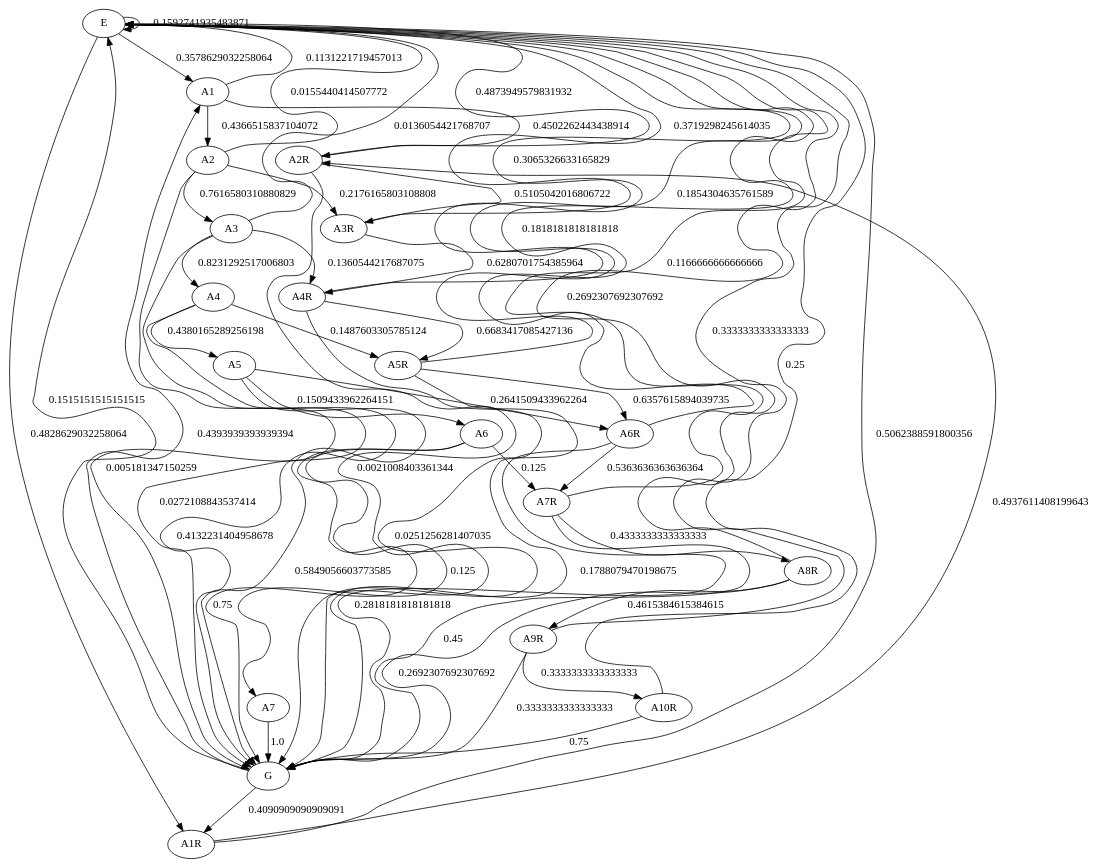
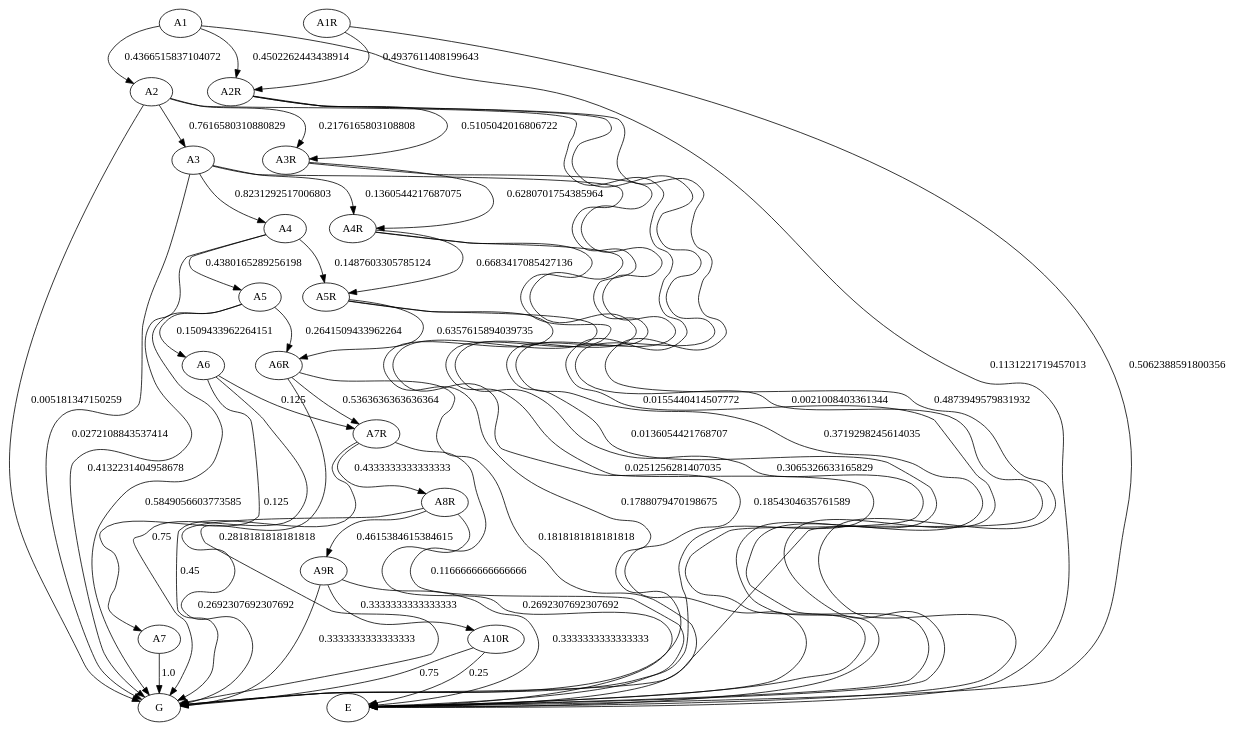
One commit to JulianaFerreira/educacao changed the diagram in graph/markov.dot. Above: the diagram before and after it, drawn with Graphviz. The commit also changed 3 other files, not shown here.

```diff
--- a/graph/markov.dot
+++ b/graph/markov.dot
@@ -1,75 +1,69 @@
 digraph  {
-E;
 A1;
-G;
 A2;
 A3;
 A4;
 A5;
 A6;
 A7;
+A2R;
 A1R;
-A2R;
 A3R;
 A4R;
 A5R;
 A6R;
 A7R;
 A8R;
 A9R;
 A10R;
-E -> A1  [key=0, label="0.3578629032258064", weight="0.3578629032258064"];
-E -> A1R  [key=0, label="0.4828629032258064", weight="0.4828629032258064"];
-E -> E  [key=0, label="0.1592741935483871", weight="0.1592741935483871"];
+E;
+G;
 A1 -> A2  [key=0, label="0.4366515837104072", weight="0.4366515837104072"];
 A1 -> A2R  [key=0, label="0.4502262443438914", weight="0.4502262443438914"];
 A1 -> E  [key=0, label="0.1131221719457013", weight="0.1131221719457013"];
-G -> A1  [key=0, label="0.4393939393939394", weight="0.4393939393939394"];
-G -> A1R  [key=0, label="0.4090909090909091", weight="0.4090909090909091"];
-G -> E  [key=0, label="0.1515151515151515", weight="0.1515151515151515"];
 A2 -> A3  [key=0, label="0.7616580310880829", weight="0.7616580310880829"];
 A2 -> A3R  [key=0, label="0.2176165803108808", weight="0.2176165803108808"];
 A2 -> E  [key=0, label="0.0155440414507772", weight="0.0155440414507772"];
 A2 -> G  [key=0, label="0.005181347150259", weight="0.005181347150259"];
 A3 -> A4  [key=0, label="0.8231292517006803", weight="0.8231292517006803"];
 A3 -> A4R  [key=0, label="0.1360544217687075", weight="0.1360544217687075"];
 A3 -> E  [key=0, label="0.0136054421768707", weight="0.0136054421768707"];
 A3 -> G  [key=0, label="0.0272108843537414", weight="0.0272108843537414"];
 A4 -> A5  [key=0, label="0.4380165289256198", weight="0.4380165289256198"];
 A4 -> A5R  [key=0, label="0.1487603305785124", weight="0.1487603305785124"];
 A4 -> G  [key=0, label="0.4132231404958678", weight="0.4132231404958678"];
 A5 -> A6  [key=0, label="0.1509433962264151", weight="0.1509433962264151"];
 A5 -> A6R  [key=0, label="0.2641509433962264", weight="0.2641509433962264"];
 A5 -> G  [key=0, label="0.5849056603773585", weight="0.5849056603773585"];
 A6 -> A7  [key=0, label="0.125", weight="0.125"];
 A6 -> A7R  [key=0, label="0.125", weight="0.125"];
 A6 -> G  [key=0, label="0.75", weight="0.75"];
 A7 -> G  [key=0, label="1.0", weight="1.0"];
-A1R -> A2R  [key=0, label="0.4937611408199643", weight="0.4937611408199643"];
-A1R -> E  [key=0, label="0.5062388591800356", weight="0.5062388591800356"];
 A2R -> A3R  [key=0, label="0.5105042016806722", weight="0.5105042016806722"];
 A2R -> E  [key=0, label="0.4873949579831932", weight="0.4873949579831932"];
 A2R -> G  [key=0, label="0.0021008403361344", weight="0.0021008403361344"];
+A1R -> A2R  [key=0, label="0.4937611408199643", weight="0.4937611408199643"];
+A1R -> E  [key=0, label="0.5062388591800356", weight="0.5062388591800356"];
 A3R -> A4R  [key=0, label="0.6280701754385964", weight="0.6280701754385964"];
 A3R -> E  [key=0, label="0.3719298245614035", weight="0.3719298245614035"];
 A4R -> A5R  [key=0, label="0.6683417085427136", weight="0.6683417085427136"];
 A4R -> E  [key=0, label="0.3065326633165829", weight="0.3065326633165829"];
 A4R -> G  [key=0, label="0.0251256281407035", weight="0.0251256281407035"];
 A5R -> A6R  [key=0, label="0.6357615894039735", weight="0.6357615894039735"];
 A5R -> E  [key=0, label="0.1854304635761589", weight="0.1854304635761589"];
 A5R -> G  [key=0, label="0.1788079470198675", weight="0.1788079470198675"];
 A6R -> A7R  [key=0, label="0.5363636363636364", weight="0.5363636363636364"];
 A6R -> E  [key=0, label="0.1818181818181818", weight="0.1818181818181818"];
 A6R -> G  [key=0, label="0.2818181818181818", weight="0.2818181818181818"];
 A7R -> A8R  [key=0, label="0.4333333333333333", weight="0.4333333333333333"];
 A7R -> E  [key=0, label="0.1166666666666666", weight="0.1166666666666666"];
 A7R -> G  [key=0, label="0.45", weight="0.45"];
 A8R -> A9R  [key=0, label="0.4615384615384615", weight="0.4615384615384615"];
 A8R -> E  [key=0, label="0.2692307692307692", weight="0.2692307692307692"];
 A8R -> G  [key=0, label="0.2692307692307692", weight="0.2692307692307692"];
 A9R -> A10R  [key=0, label="0.3333333333333333", weight="0.3333333333333333"];
 A9R -> E  [key=0, label="0.3333333333333333", weight="0.3333333333333333"];
 A9R -> G  [key=0, label="0.3333333333333333", weight="0.3333333333333333"];
 A10R -> E  [key=0, label="0.25", weight="0.25"];
 A10R -> G  [key=0, label="0.75", weight="0.75"];
 }
```
